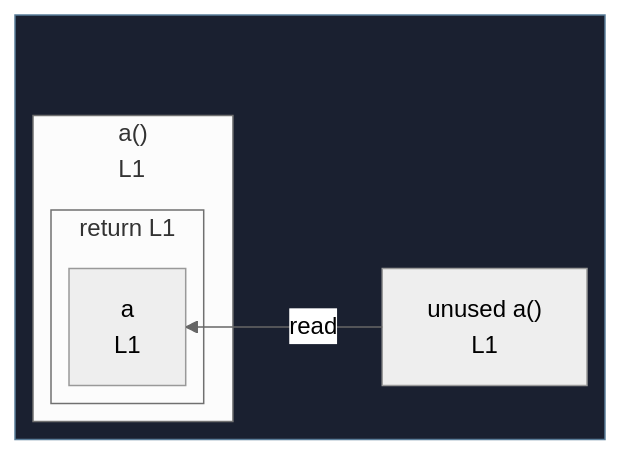
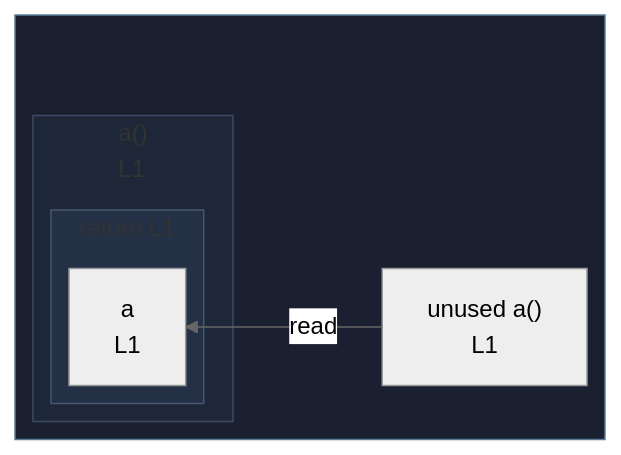
One commit to crescware/unsnarl changed the diagram in integration/fixtures/function/arrow/self-recursive-only/preview.md. Above: the diagram before and after it, drawn with Mermaid (neutral theme). The commit also changed 249 other files, not shown here.

First line of the commit message:
Color Mermaid subgraphs by nesting depth via theme palette

````diff
--- a/integration/fixtures/function/arrow/self-recursive-only/preview.md
+++ b/integration/fixtures/function/arrow/self-recursive-only/preview.md
@@ -11,18 +11,22 @@
 ```mermaid
 %%{init: {"flowchart": {"defaultRenderer": "elk"}}}%%
 flowchart RL
   subgraph wrap_s_scope_1[" "]
     direction TB
     n_scope_0_a_6["unused a()<br/>L1"]
     subgraph s_scope_1["a()<br/>L1"]
       direction RL
       subgraph s_return_scope_0_a_6_16_17["return L1"]
         direction RL
         ret_use_ref_1["a<br/>L1"]
       end
     end
   end
   n_scope_0_a_6 -->|read| ret_use_ref_1
   classDef fnWrap fill:#1a2030,stroke:#5a7d99;
   class wrap_s_scope_1 fnWrap;
+  classDef nestL1 fill:#1e2738,stroke:#3d4a63;
+  class s_scope_1 nestL1;
+  classDef nestL2 fill:#233045,stroke:#475670;
+  class s_return_scope_0_a_6_16_17 nestL2;
 ```
````
